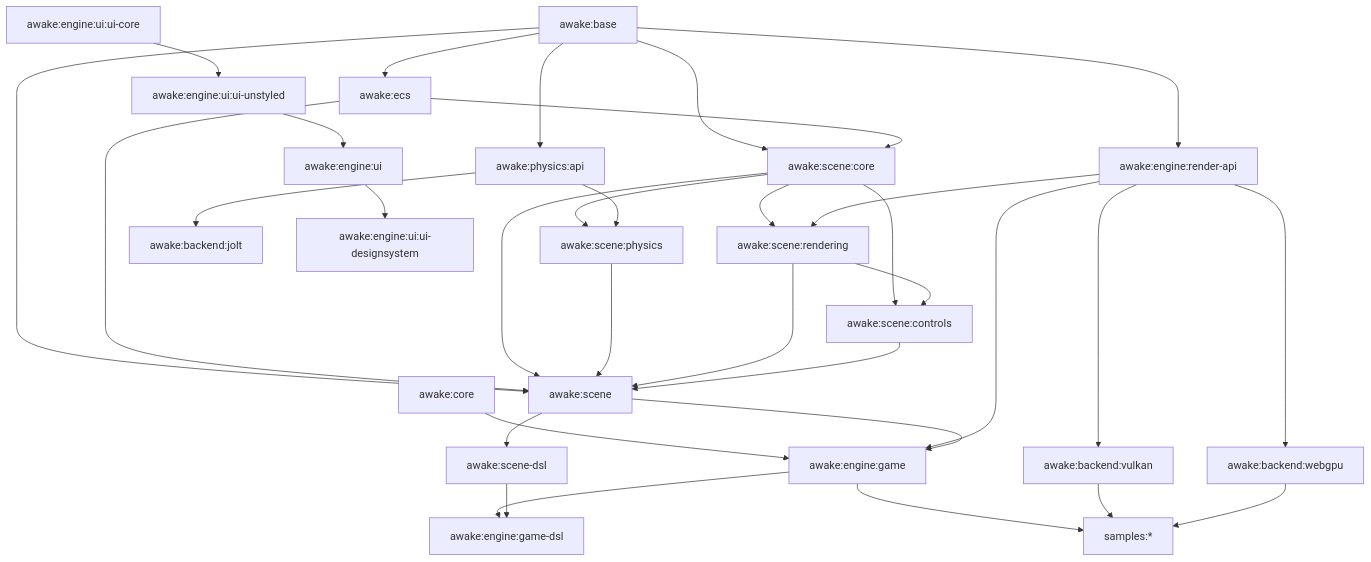
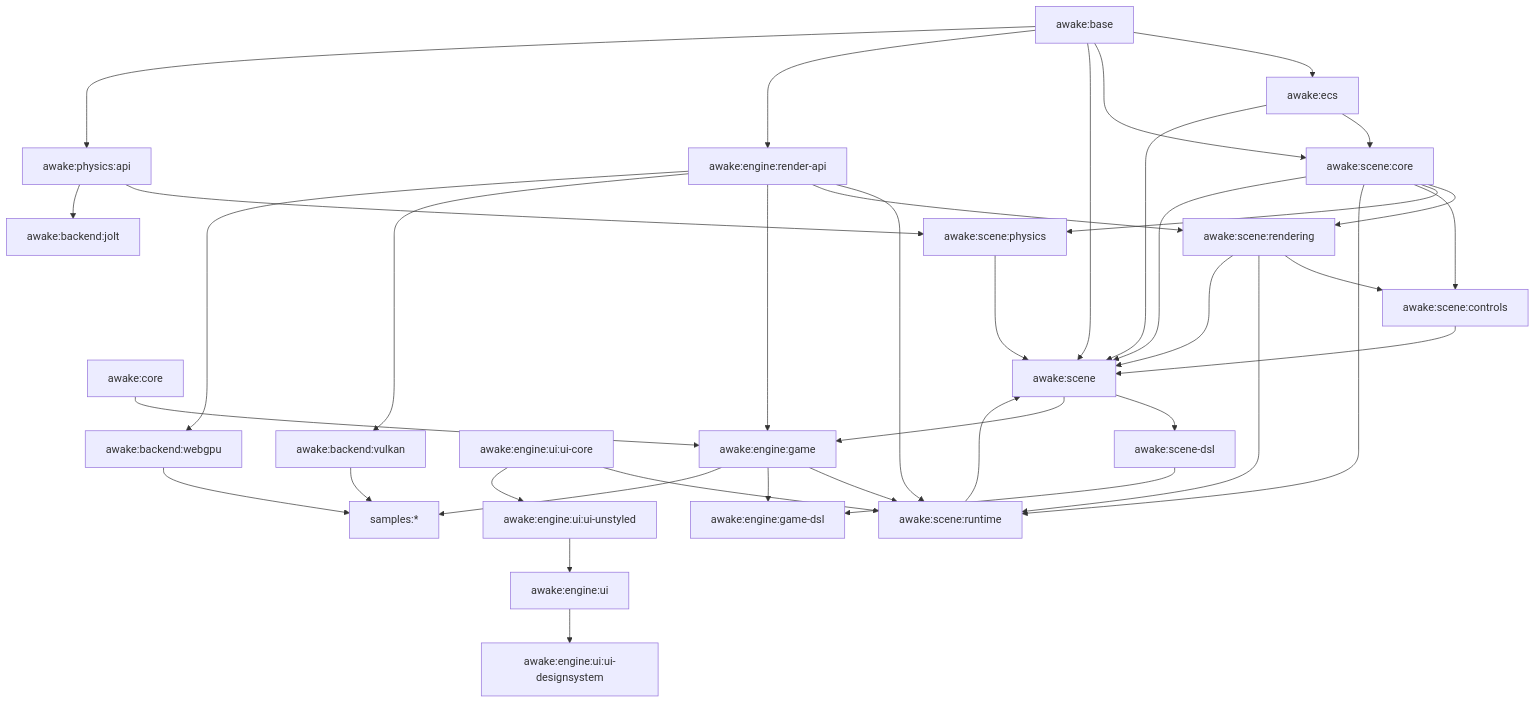
Before and after one commit to awake-lab/awake: the diagram in docs/architecture.md, drawn with Mermaid. The commit also changed other lines of this file and 24 other files, not shown here.

First line of the commit message:
refactor(scene): split runtime leaf into its own module

````diff
--- a/docs/architecture.md
+++ b/docs/architecture.md
@@ -18,57 +18,64 @@
 ```mermaid
 flowchart TD
     base["awake:base"]
     core["awake:core"]
     ecs["awake:ecs"]
     scene["awake:scene"]
     sceneCore["awake:scene:core"]
     sceneControls["awake:scene:controls"]
     scenePhysics["awake:scene:physics"]
     sceneRendering["awake:scene:rendering"]
+    sceneRuntime["awake:scene:runtime"]
     sceneDsl["awake:scene-dsl"]
     render["awake:engine:render-api"]
     game["awake:engine:game"]
     gameDsl["awake:engine:game-dsl"]
     physicsApi["awake:physics:api"]
     jolt["awake:backend:jolt"]
     uiCore["awake:engine:ui:ui-core"]
     uiWidgets["awake:engine:ui:ui-unstyled"]
     ui["awake:engine:ui"]
     uiDs["awake:engine:ui:ui-designsystem"]
     vulkan["awake:backend:vulkan"]
     webgpu["awake:backend:webgpu"]
     samples["samples:*"]
 
     core --> game
     base --> ecs
     base --> sceneCore
     base --> scene
     base --> render
     base --> physicsApi
     ecs --> sceneCore
     ecs --> scene
     sceneCore --> sceneRendering
     sceneCore --> scenePhysics
     sceneCore --> sceneControls
     sceneRendering --> sceneControls
+    sceneCore --> sceneRuntime
+    sceneRendering --> sceneRuntime
+    render --> sceneRuntime
+    game --> sceneRuntime
+    uiCore --> sceneRuntime
     render --> sceneRendering
     physicsApi --> scenePhysics
     sceneCore --> scene
     scenePhysics --> scene
     sceneRendering --> scene
     sceneControls --> scene
+    sceneRuntime --> scene
     scene --> sceneDsl
     render --> game
     scene --> game
     game --> gameDsl
     sceneDsl --> gameDsl
     physicsApi --> jolt
     uiCore --> uiWidgets
     uiWidgets --> ui
     ui --> uiDs
     game --> samples
     render --> vulkan
     render --> webgpu
     vulkan --> samples
     webgpu --> samples
 ```
````
